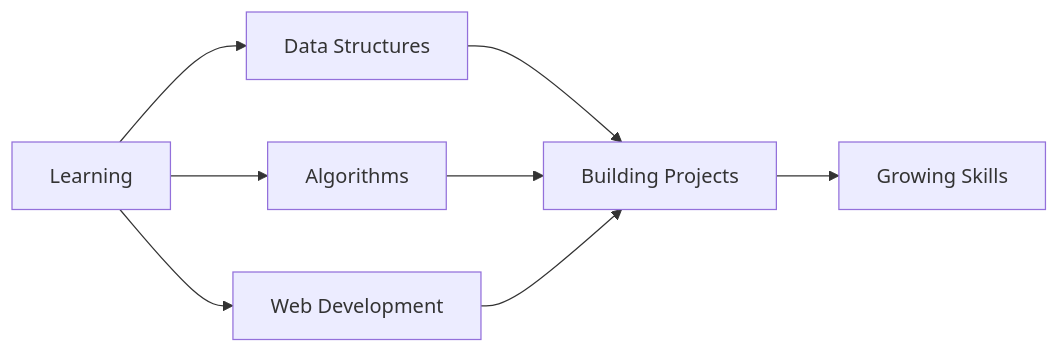
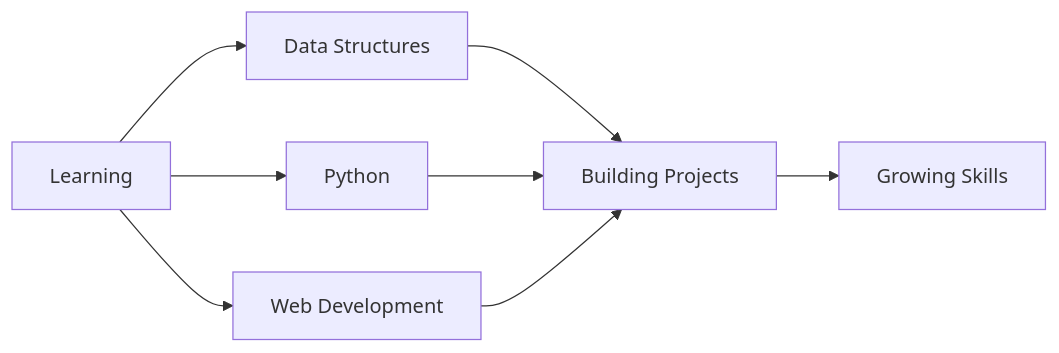
Before and after one commit to abhhiinv/abhhiinv: the diagram in README.md, drawn with Mermaid. The commit also changed other lines of this file, not shown here.

````diff
--- a/README.md
+++ b/README.md
@@ -153,10 +143,10 @@
 ```mermaid
 graph LR
     A[Learning] --> B[Data Structures]
-    A --> C[Algorithms]
+    A --> C[Python]
     A --> D[Web Development]
     B --> E[Building Projects]
     C --> E
     D --> E
     E --> F[Growing Skills]
 ```
````
